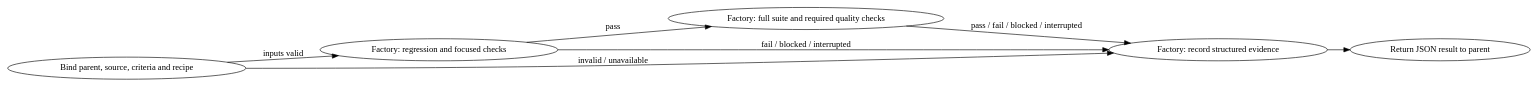
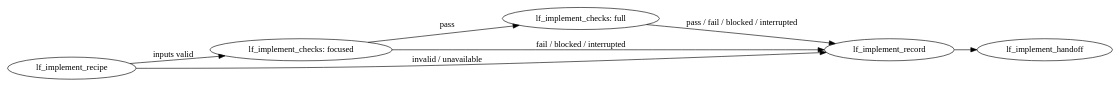
One commit to marioatcloudvane/litefactory changed the second of 2 diagrams in .aiteam/lf-367-bug-workflow/2026-09-22/bug-workflow/BUG_SCOPE.md. Above: the diagram before and after it, drawn with Graphviz. The commit also changed other lines of this file and 2 other files, not shown here.

````diff
--- a/.aiteam/lf-367-bug-workflow/2026-09-22/bug-workflow/BUG_SCOPE.md
+++ b/.aiteam/lf-367-bug-workflow/2026-09-22/bug-workflow/BUG_SCOPE.md
@@ -78,17 +85,17 @@
 ```dot
 digraph bug_tests {
   rankdir=LR;
-  bind [label="Bind parent, source, criteria and recipe"];
-  regression [label="Factory: regression and focused checks"];
-  suite [label="Factory: full suite and required quality checks"];
-  record [label="Factory: record structured evidence"];
-  result [label="Return JSON result to parent"];
+  bind [label="lf_implement_recipe"];
+  regression [label="lf_implement_checks: focused"];
+  suite [label="lf_implement_checks: full"];
+  record [label="lf_implement_record"];
+  result [label="lf_implement_handoff"];
 
   bind -> regression [label="inputs valid"];
   bind -> record [label="invalid / unavailable"];
   regression -> suite [label="pass"];
   regression -> record [label="fail / blocked / interrupted"];
   suite -> record [label="pass / fail / blocked / interrupted"];
   record -> result;
 }
 ```
````
